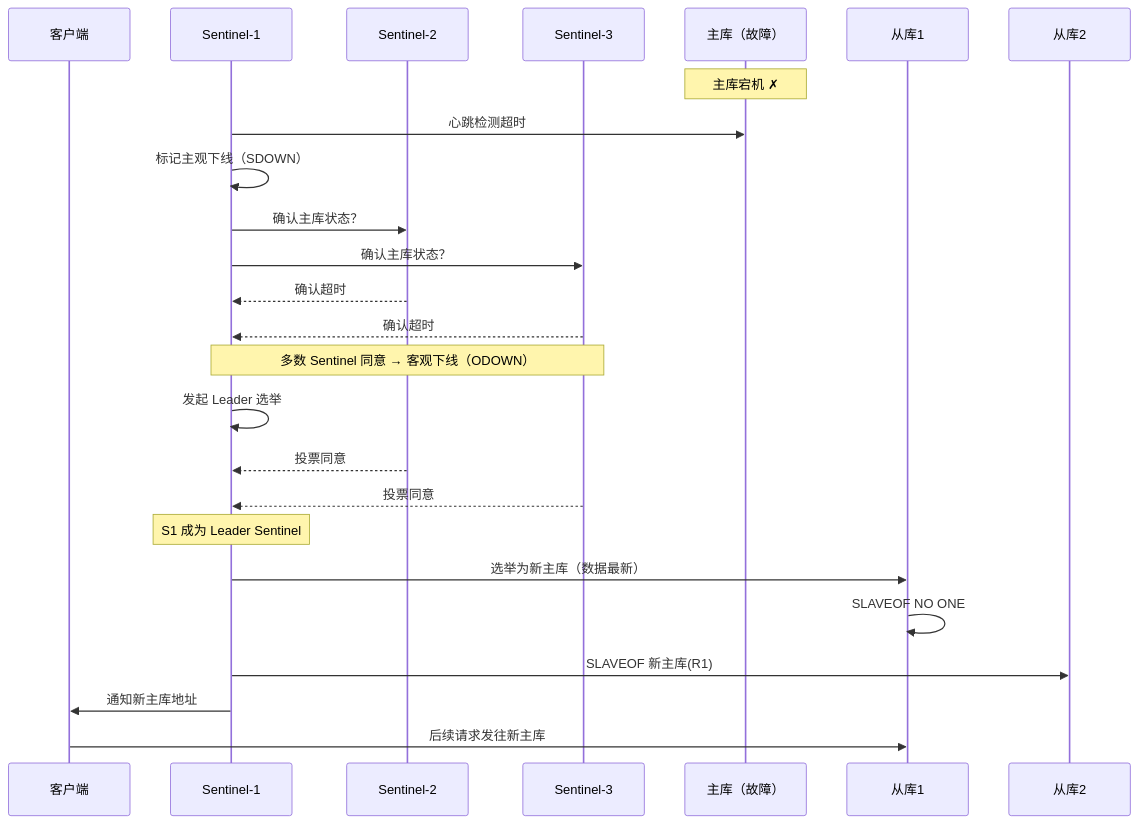
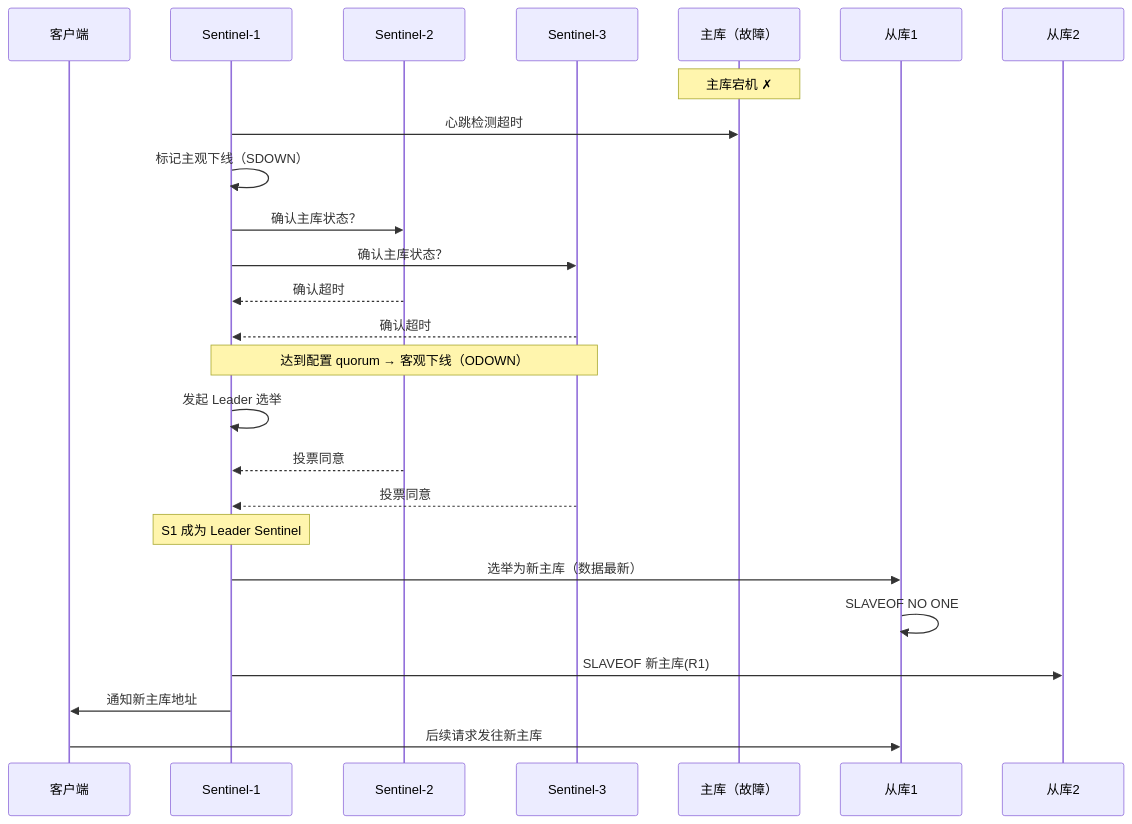
The second of 5 diagrams in docs/system-design/high-availability.md (liukun2634/dev-interview-guide), drawn with Mermaid before and after one commit. The commit also changed other lines of this file and 6 other files, not shown here.

````diff
--- a/docs/system-design/high-availability.md
+++ b/docs/system-design/high-availability.md
@@ -137,30 +173,30 @@
 ```mermaid
 sequenceDiagram
     participant C as 客户端
     participant S1 as Sentinel-1
     participant S2 as Sentinel-2
     participant S3 as Sentinel-3
     participant M as 主库（故障）
     participant R1 as 从库1
     participant R2 as 从库2
     
     Note over M: 主库宕机 ✗
     S1->>M: 心跳检测超时
     S1->>S1: 标记主观下线（SDOWN）
     S1->>S2: 确认主库状态？
     S1->>S3: 确认主库状态？
     S2-->>S1: 确认超时
     S3-->>S1: 确认超时
-    Note over S1,S3: 多数 Sentinel 同意 → 客观下线（ODOWN）
+    Note over S1,S3: 达到配置 quorum → 客观下线（ODOWN）
     
     S1->>S1: 发起 Leader 选举
     S2-->>S1: 投票同意
     S3-->>S1: 投票同意
     Note over S1: S1 成为 Leader Sentinel
     
     S1->>R1: 选举为新主库（数据最新）
     R1->>R1: SLAVEOF NO ONE
     S1->>R2: SLAVEOF 新主库(R1)
     S1->>C: 通知新主库地址
     C->>R1: 后续请求发往新主库
 ```
````
